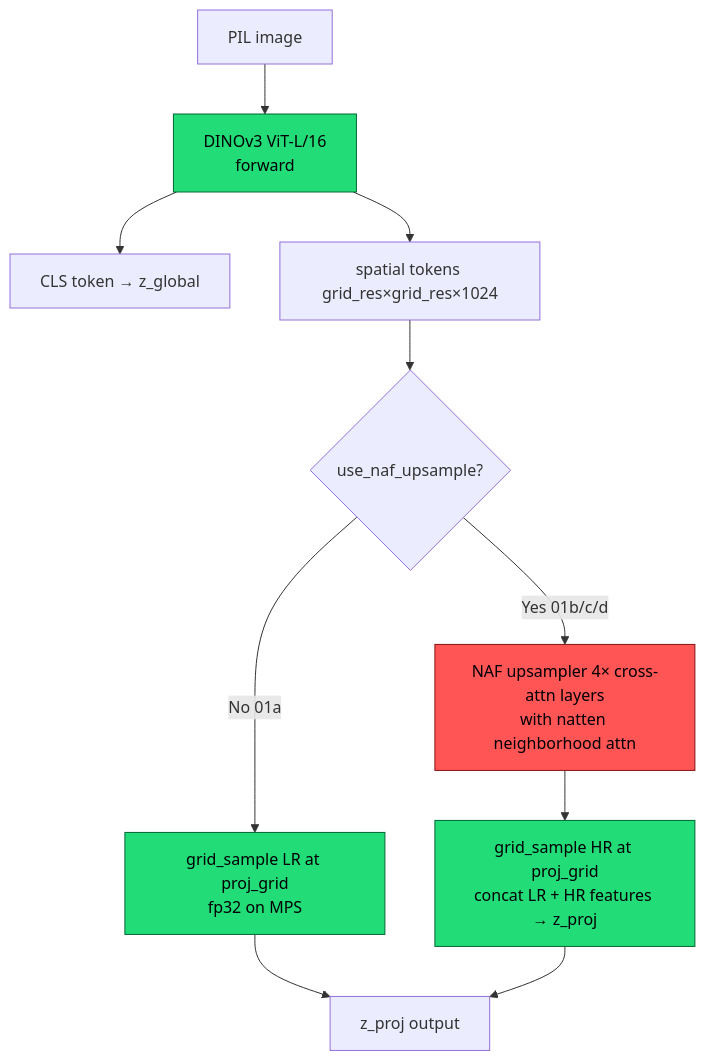
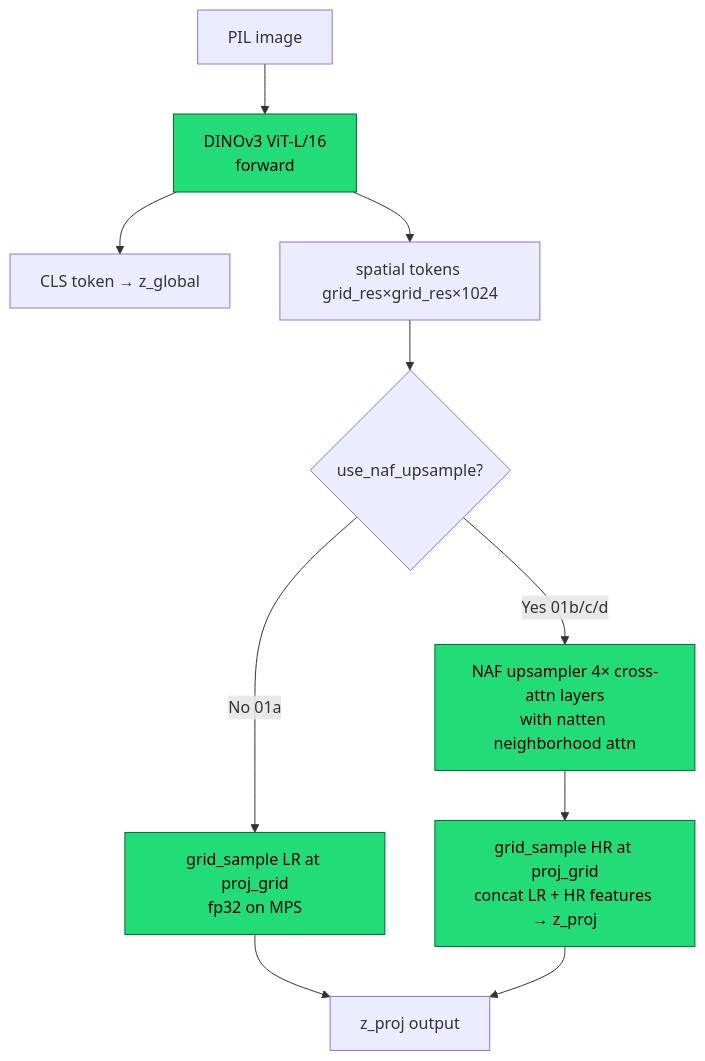
The third of 7 diagrams in PIPELINE_MAP.md (pawel-mazurkiewicz/Pixal3D-mac), drawn with Mermaid before and after one commit. The commit also changed other lines of this file and 25 other files, not shown here.

````diff
--- a/PIPELINE_MAP.md
+++ b/PIPELINE_MAP.md
@@ -148,18 +142,17 @@
 ```mermaid
 flowchart TD
     A[PIL image] --> B[DINOv3 ViT-L/16<br/>forward]
     B --> C[CLS token → z_global]
     B --> D[spatial tokens grid_res×grid_res×1024]
     D --> E{use_naf_upsample?}
     E -->|No 01a| F[grid_sample LR at proj_grid<br/>fp32 on MPS]
     E -->|Yes 01b/c/d| G[NAF upsampler 4× cross-attn layers<br/>with natten neighborhood attn]
     G --> H[grid_sample HR at proj_grid<br/>concat LR + HR features → z_proj]
     F --> Z[z_proj output]
     H --> Z
     classDef mps fill:#2d7,stroke:#063,color:#000
     classDef cpu fill:#fa3,stroke:#840,color:#000
     classDef redzone fill:#f55,stroke:#811,color:#000
-    class B,F mps
-    class G redzone
+    class B,F,G mps
     class H mps
 ```
````
